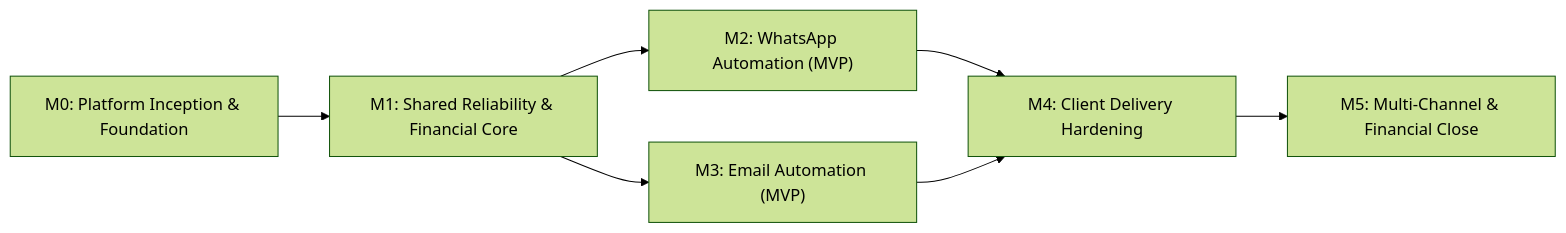
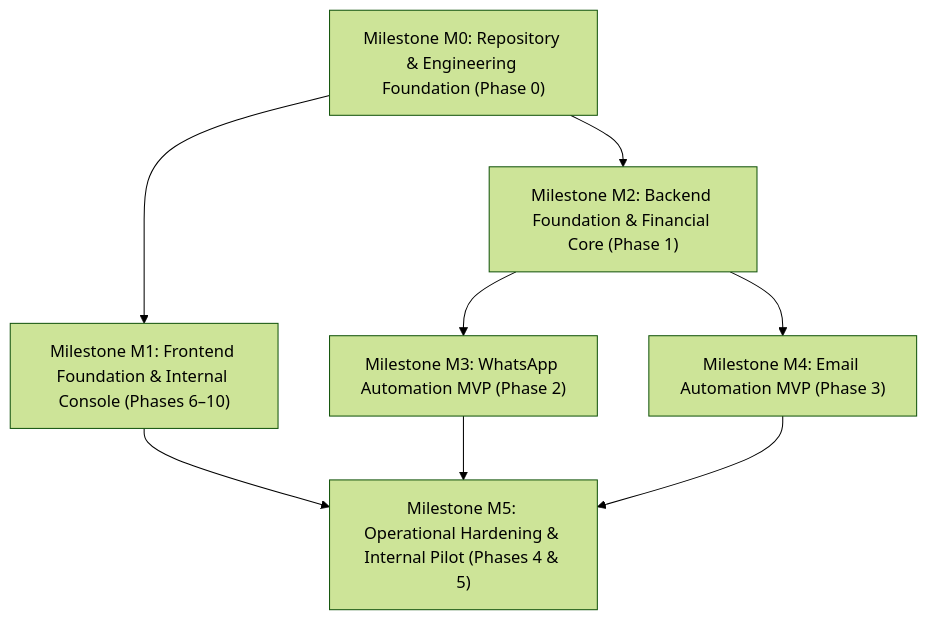
Before and after one commit to pathixo/pathixo-flow: the diagram in ROADMAP.md, drawn with Mermaid (forest theme). The commit also changed other lines of this file and 3 other files, not shown here.

Commit message:
docs: reconcile roadmap with M0-M5 milestones

````diff
--- a/ROADMAP.md
+++ b/ROADMAP.md
@@ -15,9 +15,17 @@
 ```mermaid
-flowchart LR
-    M0["M0: Platform Inception & Foundation"] --> M1["M1: Shared Reliability & Financial Core"]
-    M1 --> M2["M2: WhatsApp Automation (MVP)"]
-    M1 --> M3["M3: Email Automation (MVP)"]
-    M2 --> M4["M4: Client Delivery Hardening"]
-    M3 --> M4
-    M4 --> M5["M5: Multi-Channel & Financial Close"]
+flowchart TD
+    M0["Milestone M0: Repository & Engineering Foundation (Phase 0)"]
+    M1["Milestone M1: Frontend Foundation & Internal Console (Phases 6–10)"]
+    M2["Milestone M2: Backend Foundation & Financial Core (Phase 1)"]
+    M3["Milestone M3: WhatsApp Automation MVP (Phase 2)"]
+    M4["Milestone M4: Email Automation MVP (Phase 3)"]
+    M5["Milestone M5: Operational Hardening & Internal Pilot (Phases 4 & 5)"]
+
+    M0 --> M1
+    M0 --> M2
+    M2 --> M3
+    M2 --> M4
+    M1 --> M5
+    M3 --> M5
+    M4 --> M5
 ```
````
